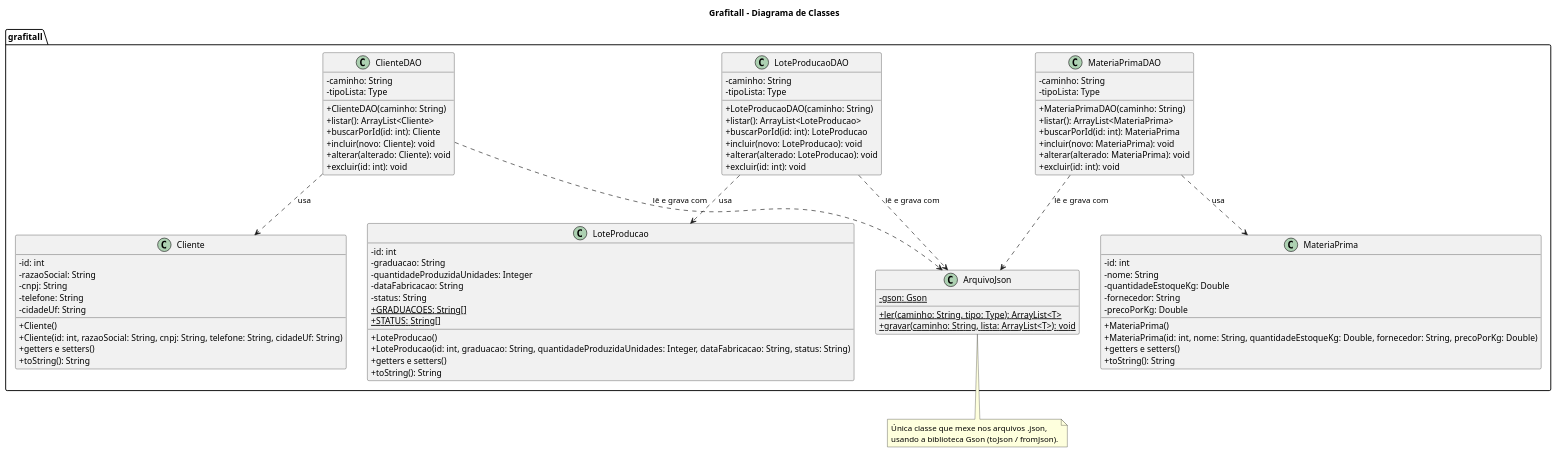
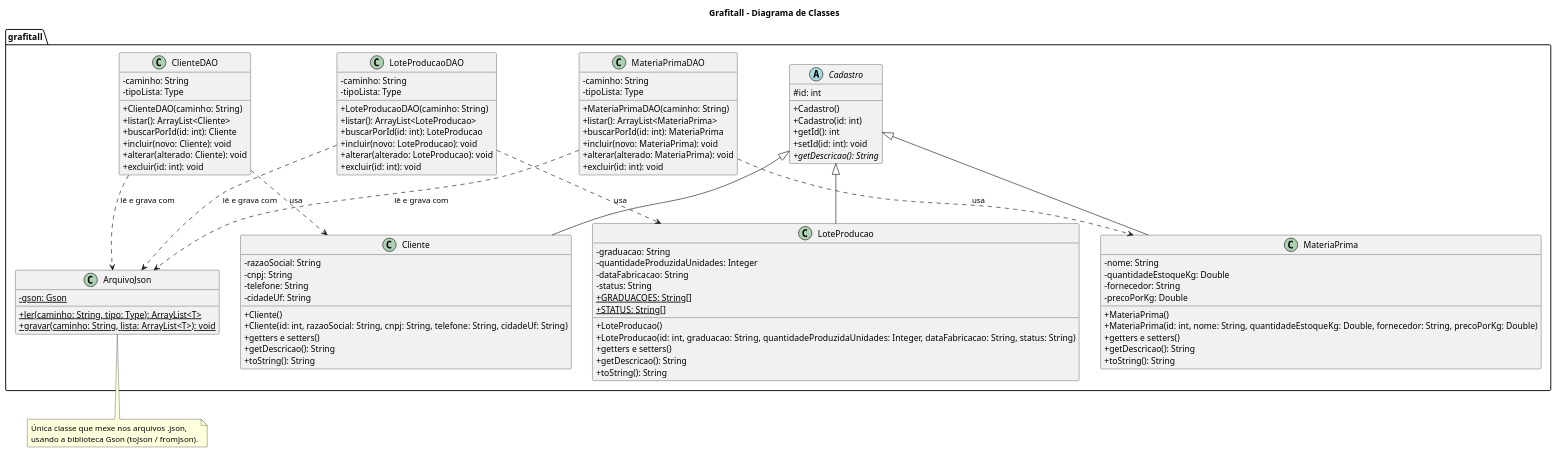
The diagram in uml/diagrama-classes.puml (toybile/Grafitall-LP2), drawn with PlantUML before and after one commit. The commit also changed 8 other files, not shown here.

Commit message:
Adiciona herança: superclasse abstrata Cadastro com o id comum aos três cadastros

```diff
--- a/uml/diagrama-classes.puml
+++ b/uml/diagrama-classes.puml
@@ -1,103 +1,117 @@
 @startuml diagrama-classes
 ' Diagrama de classes do Grafitall (fonte em PlantUML).
-' Notação: "-" = private, "+" = public, sublinhado = static.
+' Notação: "-" = private, "+" = public, "#" = protected, sublinhado = static,
+' itálico = abstrato. Seta com triângulo vazado (<|--) = herança (extends).
 ' Seta tracejada com ponta aberta (..>) = "usa" (dependência).
 
 title Grafitall - Diagrama de Classes
 skinparam classAttributeIconSize 0
 hide empty members
 
 package grafitall {
 
+  abstract class Cadastro {
+    # id: int
+    + Cadastro()
+    + Cadastro(id: int)
+    + getId(): int
+    + setId(id: int): void
+    + {abstract} getDescricao(): String
+  }
+
   class MateriaPrima {
-    - id: int
     - nome: String
     - quantidadeEstoqueKg: Double
     - fornecedor: String
     - precoPorKg: Double
     + MateriaPrima()
     + MateriaPrima(id: int, nome: String, quantidadeEstoqueKg: Double, fornecedor: String, precoPorKg: Double)
     + getters e setters()
+    + getDescricao(): String
     + toString(): String
   }
 
   class LoteProducao {
-    - id: int
     - graduacao: String
     - quantidadeProduzidaUnidades: Integer
     - dataFabricacao: String
     - status: String
     + {static} GRADUACOES: String[]
     + {static} STATUS: String[]
     + LoteProducao()
     + LoteProducao(id: int, graduacao: String, quantidadeProduzidaUnidades: Integer, dataFabricacao: String, status: String)
     + getters e setters()
+    + getDescricao(): String
     + toString(): String
   }
 
   class Cliente {
-    - id: int
     - razaoSocial: String
     - cnpj: String
     - telefone: String
     - cidadeUf: String
     + Cliente()
     + Cliente(id: int, razaoSocial: String, cnpj: String, telefone: String, cidadeUf: String)
     + getters e setters()
+    + getDescricao(): String
     + toString(): String
   }
 
   class MateriaPrimaDAO {
     - caminho: String
     - tipoLista: Type
     + MateriaPrimaDAO(caminho: String)
     + listar(): ArrayList<MateriaPrima>
     + buscarPorId(id: int): MateriaPrima
     + incluir(novo: MateriaPrima): void
     + alterar(alterado: MateriaPrima): void
     + excluir(id: int): void
   }
 
   class LoteProducaoDAO {
     - caminho: String
     - tipoLista: Type
     + LoteProducaoDAO(caminho: String)
     + listar(): ArrayList<LoteProducao>
     + buscarPorId(id: int): LoteProducao
     + incluir(novo: LoteProducao): void
     + alterar(alterado: LoteProducao): void
     + excluir(id: int): void
   }
 
   class ClienteDAO {
     - caminho: String
     - tipoLista: Type
     + ClienteDAO(caminho: String)
     + listar(): ArrayList<Cliente>
     + buscarPorId(id: int): Cliente
     + incluir(novo: Cliente): void
     + alterar(alterado: Cliente): void
     + excluir(id: int): void
   }
 
   class ArquivoJson {
     - {static} gson: Gson
     + {static} ler(caminho: String, tipo: Type): ArrayList<T>
     + {static} gravar(caminho: String, lista: ArrayList<T>): void
   }
 }
 
+Cadastro <|-- MateriaPrima
+Cadastro <|-- LoteProducao
+Cadastro <|-- Cliente
+
 MateriaPrimaDAO ..> MateriaPrima : usa
 LoteProducaoDAO ..> LoteProducao : usa
 ClienteDAO ..> Cliente : usa
 
 MateriaPrimaDAO ..> ArquivoJson : lê e grava com
 LoteProducaoDAO ..> ArquivoJson : lê e grava com
 ClienteDAO ..> ArquivoJson : lê e grava com
 
 note bottom of ArquivoJson
   Única classe que mexe nos arquivos .json,
   usando a biblioteca Gson (toJson / fromJson).
 end note
 
 @enduml
```
